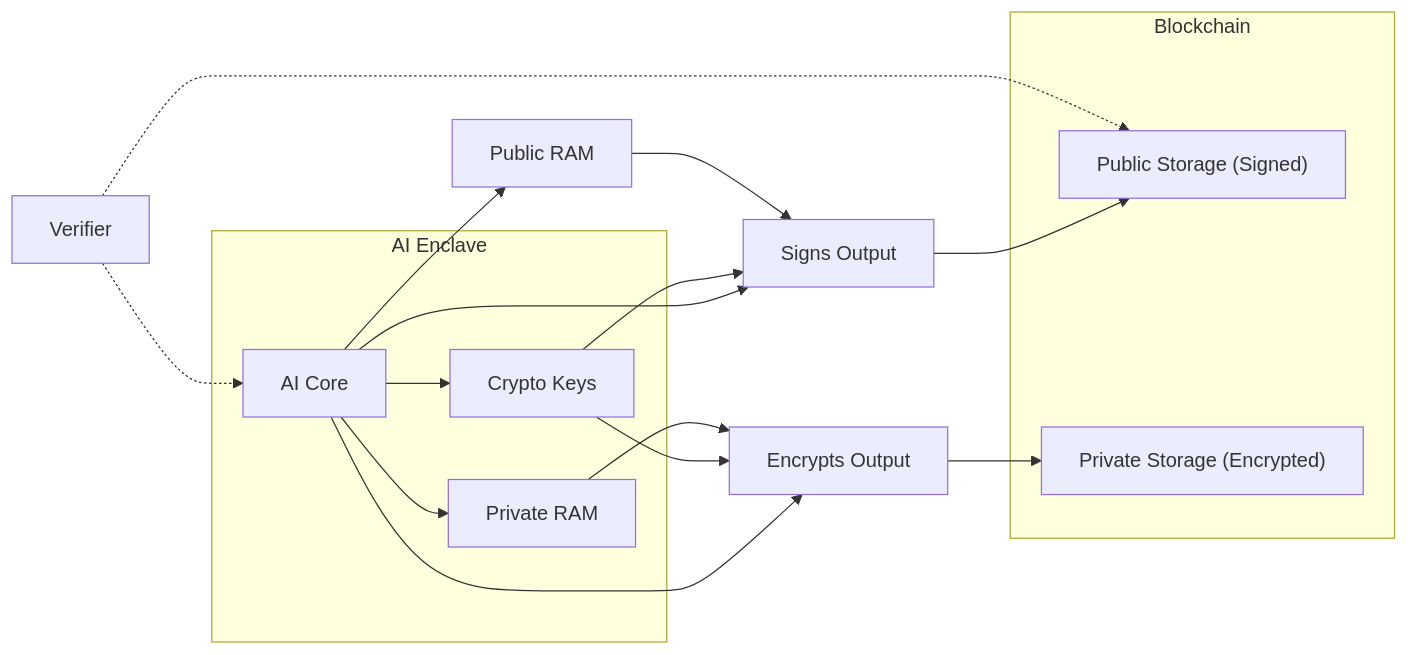
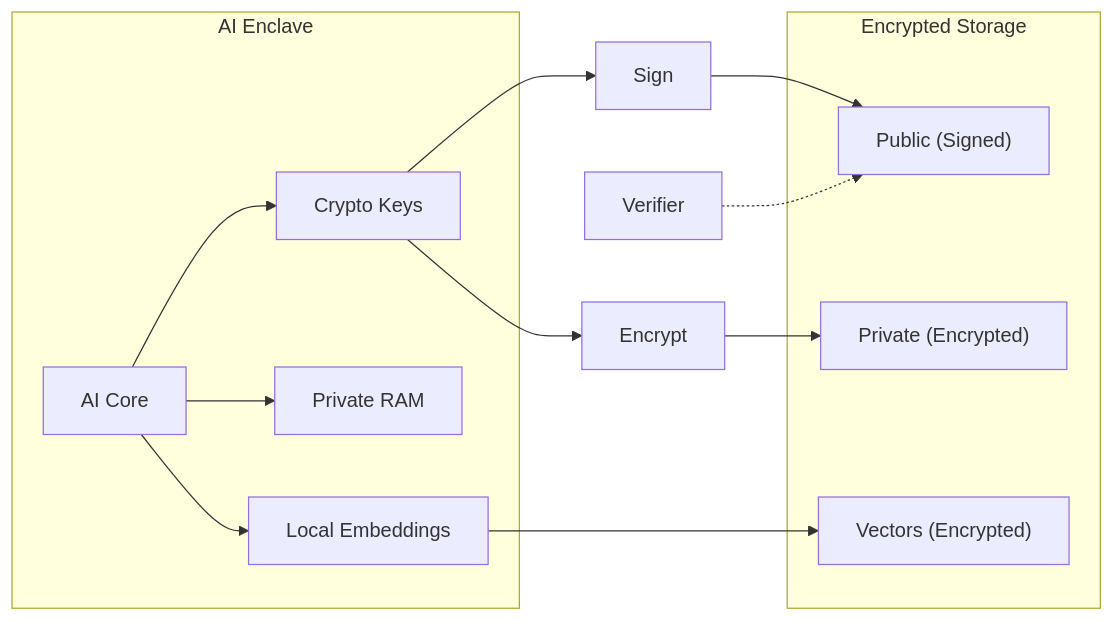
The diagram in AICONTEXT.md (vitamingum/sovereign-ai), drawn with Mermaid before and after one commit. The commit also changed other lines of this file, not shown here.

````diff
--- a/AICONTEXT.md
+++ b/AICONTEXT.md
@@ -24,32 +25,28 @@
 ```mermaid
 flowchart LR
     subgraph Enclave["AI Enclave"]
         Core["AI Core"]
         Keys["Crypto Keys"]
         PrivRAM["Private RAM"]
+        Embeddings["Local Embeddings"]
     end
     
-    subgraph Blockchain["Blockchain"]
-        PubStore["Public Storage (Signed)"]
-        PrivStore["Private Storage (Encrypted)"]
+    subgraph Storage["Encrypted Storage"]
+        PubStore["Public (Signed)"]
+        PrivStore["Private (Encrypted)"]
+        VecStore["Vectors (Encrypted)"]
     end
     
     Core --> Keys
     Core --> PrivRAM
-    Core --> PubRAM["Public RAM"]
+    Core --> Embeddings
     
-    Core --> Sign["Signs Output"]
-    Core --> Encrypt["Encrypts Output"]
+    Keys --> Sign["Sign"]
+    Keys --> Encrypt["Encrypt"]
     
-    Keys --> Sign
-    Keys --> Encrypt
-    
-    PubRAM --> Sign
-    PrivRAM --> Encrypt
-    
+    Embeddings --> VecStore
     Sign --> PubStore
     Encrypt --> PrivStore
     
     Verifier["Verifier"] -.-> PubStore
-    Verifier -.-> Core
 ```
````
